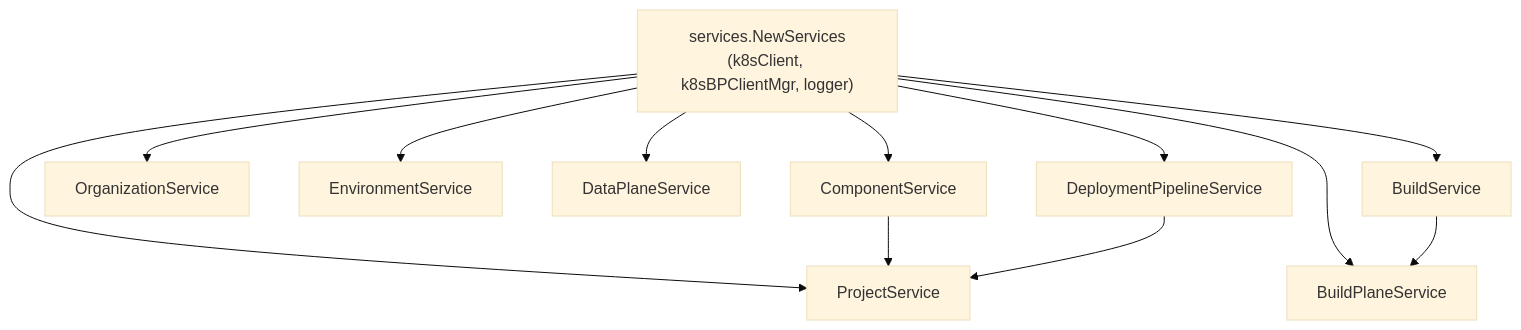
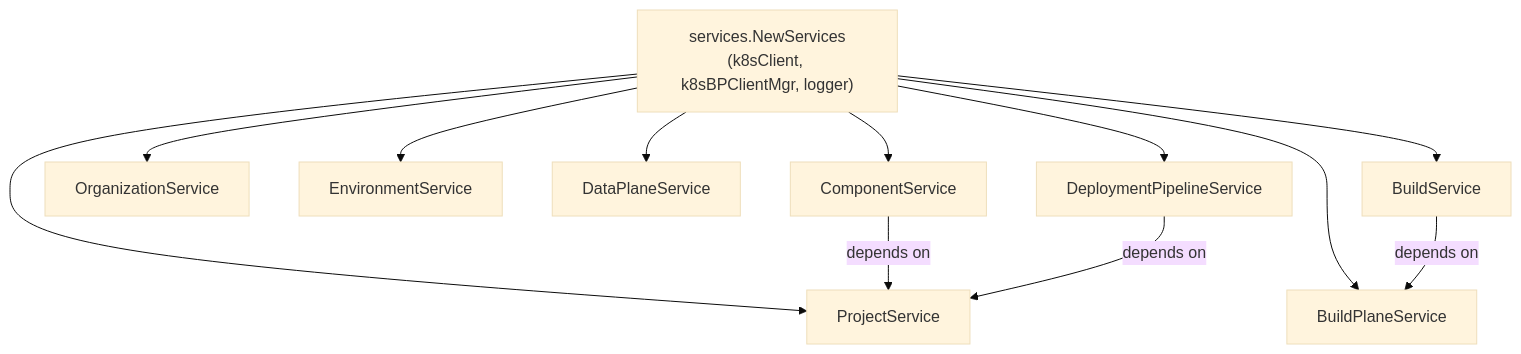
The tenth of 11 diagrams in docs/deepwiki/Build-and-Infrastructure-Services.md (openchoreo/openchoreo), drawn with Mermaid (base theme) before and after one commit. The commit also changed other lines of this file and 85 other files, not shown here.

Commit message:
feat: Add new workflow and specification templates, update Helm chart dependencies, and clarify documentation diagrams.

````diff
--- a/docs/deepwiki/Build-and-Infrastructure-Services.md
+++ b/docs/deepwiki/Build-and-Infrastructure-Services.md
@@ -525,25 +525,25 @@
 ```mermaid
 flowchart TD
 
 NewServices["services.NewServices<br>(k8sClient, k8sBPClientMgr, logger)"]
 ProjectService["ProjectService"]
 ComponentService["ComponentService"]
 OrgService["OrganizationService"]
 EnvService["EnvironmentService"]
 DataPlaneService["DataPlaneService"]
 BuildPlaneService["BuildPlaneService"]
 BuildService["BuildService"]
 DPipelineService["DeploymentPipelineService"]
 
 NewServices --> ProjectService
 NewServices --> OrgService
 NewServices --> EnvService
 NewServices --> DataPlaneService
 NewServices --> BuildPlaneService
-ComponentService --> ProjectService
-BuildService --> BuildPlaneService
-DPipelineService --> ProjectService
+ComponentService -->|"depends on"| ProjectService
+BuildService -->|"depends on"| BuildPlaneService
+DPipelineService -->|"depends on"| ProjectService
 NewServices --> ComponentService
 NewServices --> BuildService
 NewServices --> DPipelineService
 ```
````
